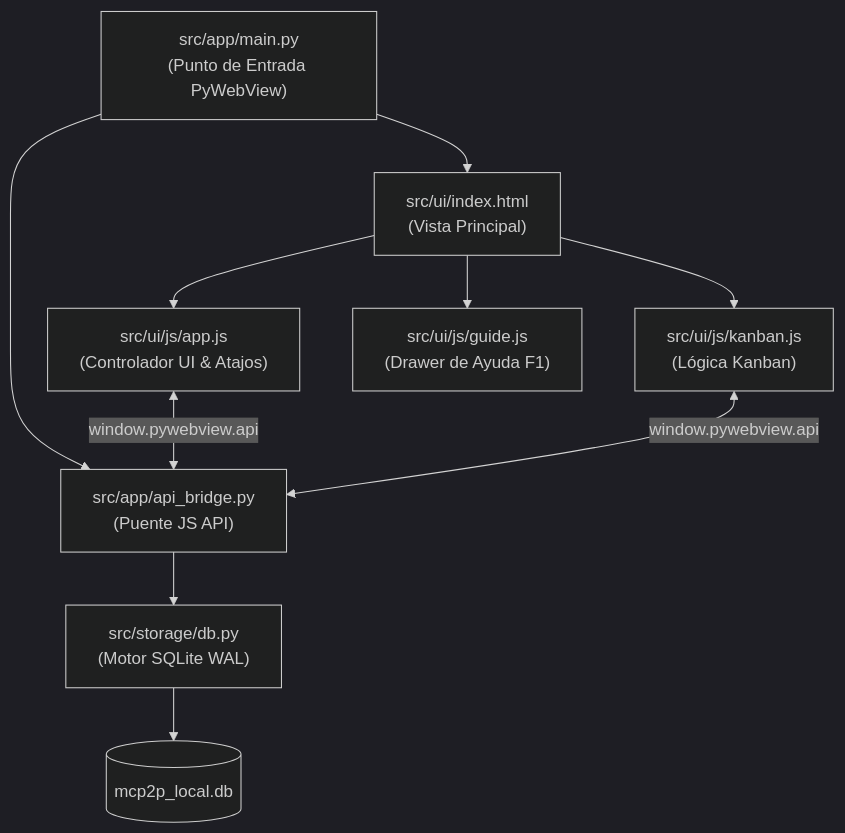
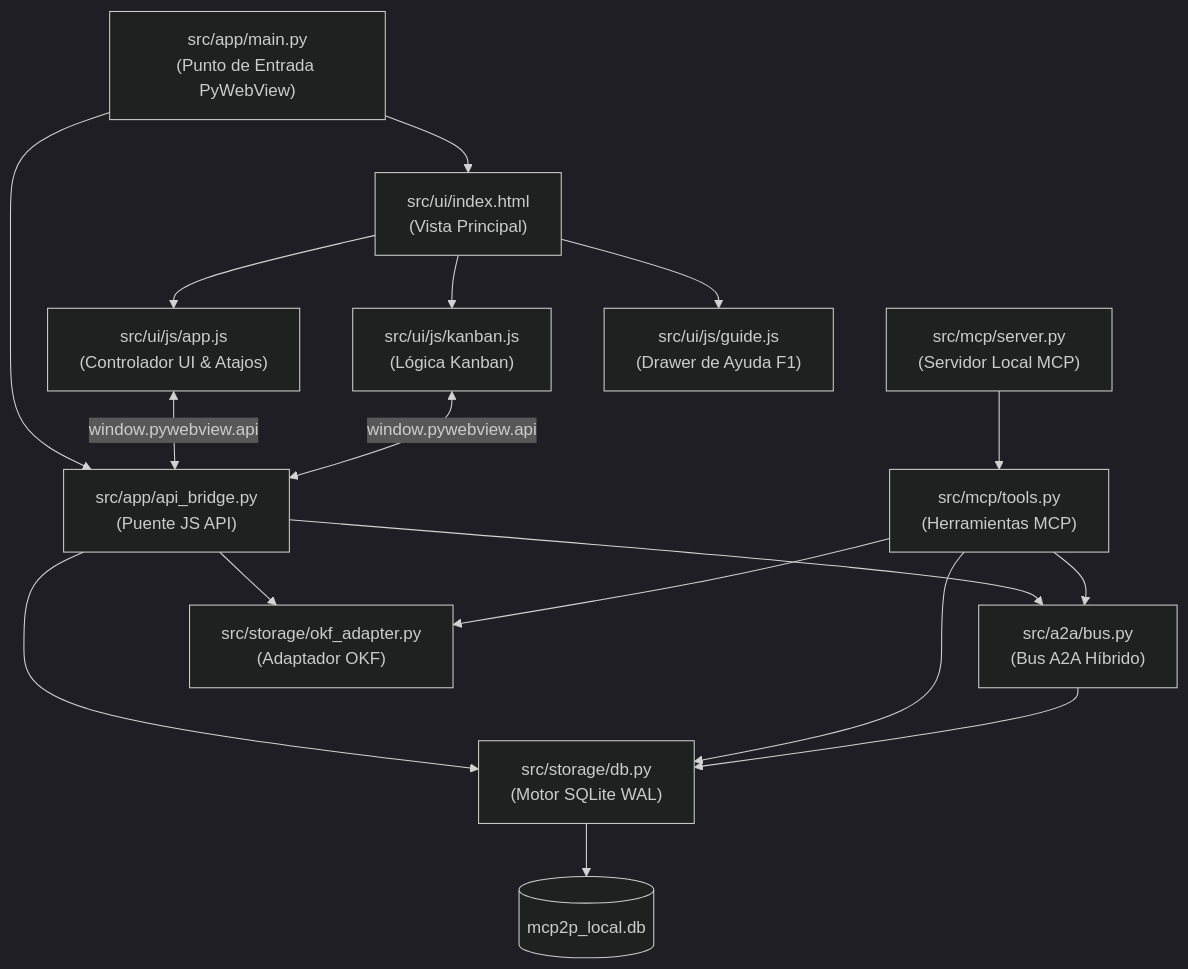
Before and after one commit to NMullerSM/Mcp2p: the diagram in docs/okf/02_MAPA_DE_CODIGO_Y_FEATURES.md, drawn with Mermaid (dark theme). The commit also changed other lines of this file and 14 other files, not shown here.

Commit message:
feat(a2a-okf): implement A2A hybrid bus, 3-turn RFC dialectic, and OKF governance adapter

````diff
--- a/docs/okf/02_MAPA_DE_CODIGO_Y_FEATURES.md
+++ b/docs/okf/02_MAPA_DE_CODIGO_Y_FEATURES.md
@@ -12,15 +12,25 @@
 ```mermaid
 graph TD
     AppMain["src/app/main.py<br/>(Punto de Entrada PyWebView)"] --> Bridge["src/app/api_bridge.py<br/>(Puente JS API)"]
+    MCPServer["src/mcp/server.py<br/>(Servidor Local MCP)"] --> MCPTools["src/mcp/tools.py<br/>(Herramientas MCP)"]
+    
     Bridge --> DB["src/storage/db.py<br/>(Motor SQLite WAL)"]
+    Bridge --> Bus["src/a2a/bus.py<br/>(Bus A2A Híbrido)"]
+    Bridge --> OKF["src/storage/okf_adapter.py<br/>(Adaptador OKF)"]
+    
+    MCPTools --> DB
+    MCPTools --> Bus
+    MCPTools --> OKF
+    
+    Bus --> DB
     
     AppMain --> UI_HTML["src/ui/index.html<br/>(Vista Principal)"]
     UI_HTML --> UI_App["src/ui/js/app.js<br/>(Controlador UI & Atajos)"]
     UI_HTML --> UI_Kanban["src/ui/js/kanban.js<br/>(Lógica Kanban)"]
     UI_HTML --> UI_Guide["src/ui/js/guide.js<br/>(Drawer de Ayuda F1)"]
     
     UI_App <-->|"window.pywebview.api"| Bridge
     UI_Kanban <-->|"window.pywebview.api"| Bridge
     
     DB --> SQLiteFile[(mcp2p_local.db)]
 ```
````
